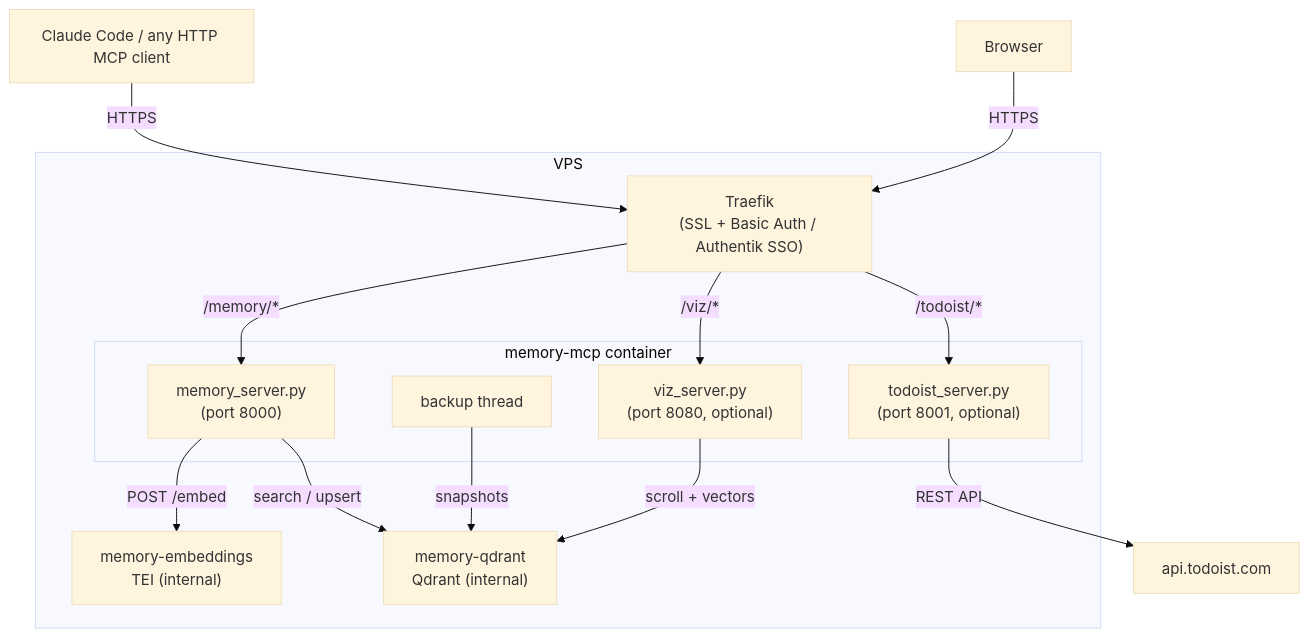
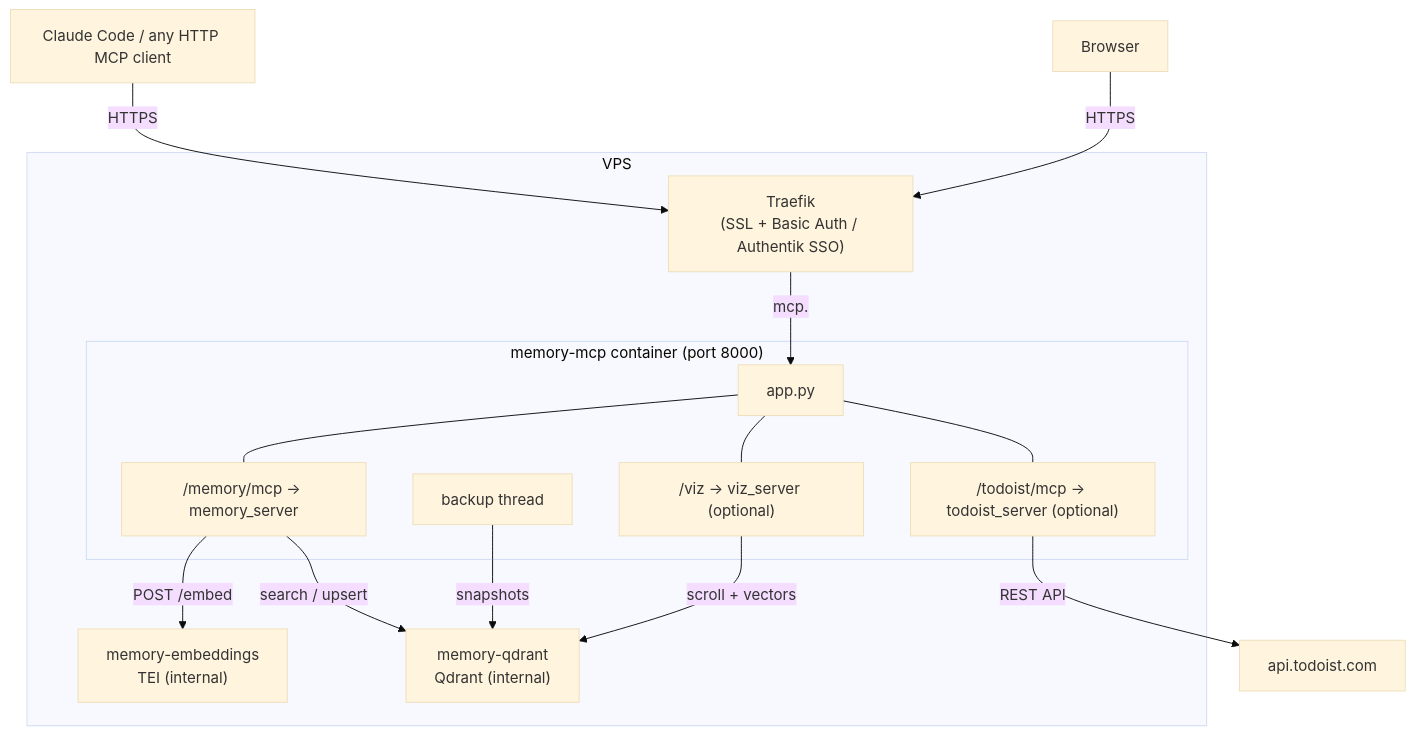
Before and after one commit to Dzarlax-AI/personal_memory: the first of 3 diagrams in README.MD, drawn with Mermaid (base theme). The commit also changed other lines of this file and 6 other files, not shown here.

First line of the commit message:
Unify all services on single port via app.py

````diff
--- a/README.MD
+++ b/README.MD
@@ -20,30 +20,32 @@
 ```mermaid
 graph TD
     Client["Claude Code / any HTTP MCP client"]
     Browser["Browser"]
 
     subgraph VPS["VPS"]
         Traefik["Traefik\n(SSL + Basic Auth / Authentik SSO)"]
 
-        subgraph MCP["memory-mcp container"]
-            Memory["memory_server.py\n(port 8000)"]
-            Todoist["todoist_server.py\n(port 8001, optional)"]
-            Viz["viz_server.py\n(port 8080, optional)"]
+        subgraph MCP["memory-mcp container (port 8000)"]
+            App["app.py"]
+            Memory["/memory/mcp → memory_server"]
+            Todoist["/todoist/mcp → todoist_server (optional)"]
+            Viz["/viz → viz_server (optional)"]
             Backup["backup thread"]
+            App --- Memory
+            App --- Todoist
+            App --- Viz
         end
 
         TEI["memory-embeddings\nTEI (internal)"]
         Qdrant["memory-qdrant\nQdrant (internal)"]
     end
 
     Client -->|"HTTPS"| Traefik
     Browser -->|"HTTPS"| Traefik
-    Traefik -->|"/memory/*"| Memory
-    Traefik -->|"/todoist/*"| Todoist
-    Traefik -->|"/viz/*"| Viz
+    Traefik -->|"mcp.<domain>"| App
     Memory -->|"POST /embed"| TEI
     Memory -->|"search / upsert"| Qdrant
     Backup -->|"snapshots"| Qdrant
     Viz -->|"scroll + vectors"| Qdrant
     Todoist -->|"REST API"| TodoistAPI["api.todoist.com"]
 ```
````
